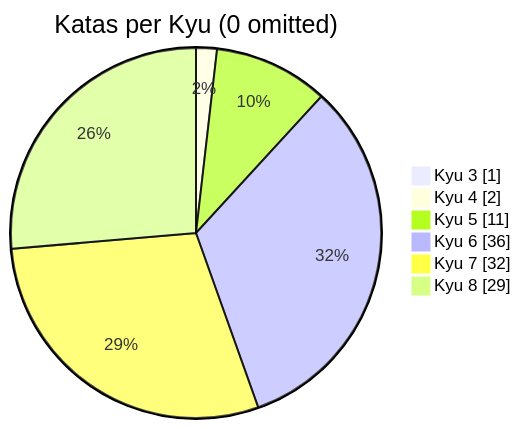
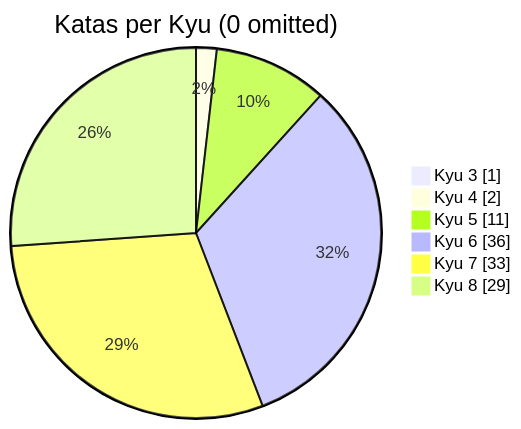
The diagram in README.md (MauricioLudwig/codewars-typescript), drawn with Mermaid before and after one commit. The commit also changed other lines of this file, not shown here.

````diff
--- a/README.md
+++ b/README.md
@@ -21,10 +21,10 @@
 ```mermaid
 pie showData
     title Katas per Kyu (0 omitted)
 	"Kyu 3": 1
 	"Kyu 4": 2
 	"Kyu 5": 11
 	"Kyu 6": 36
-	"Kyu 7": 32
+	"Kyu 7": 33
 	"Kyu 8": 29
 ```
````
